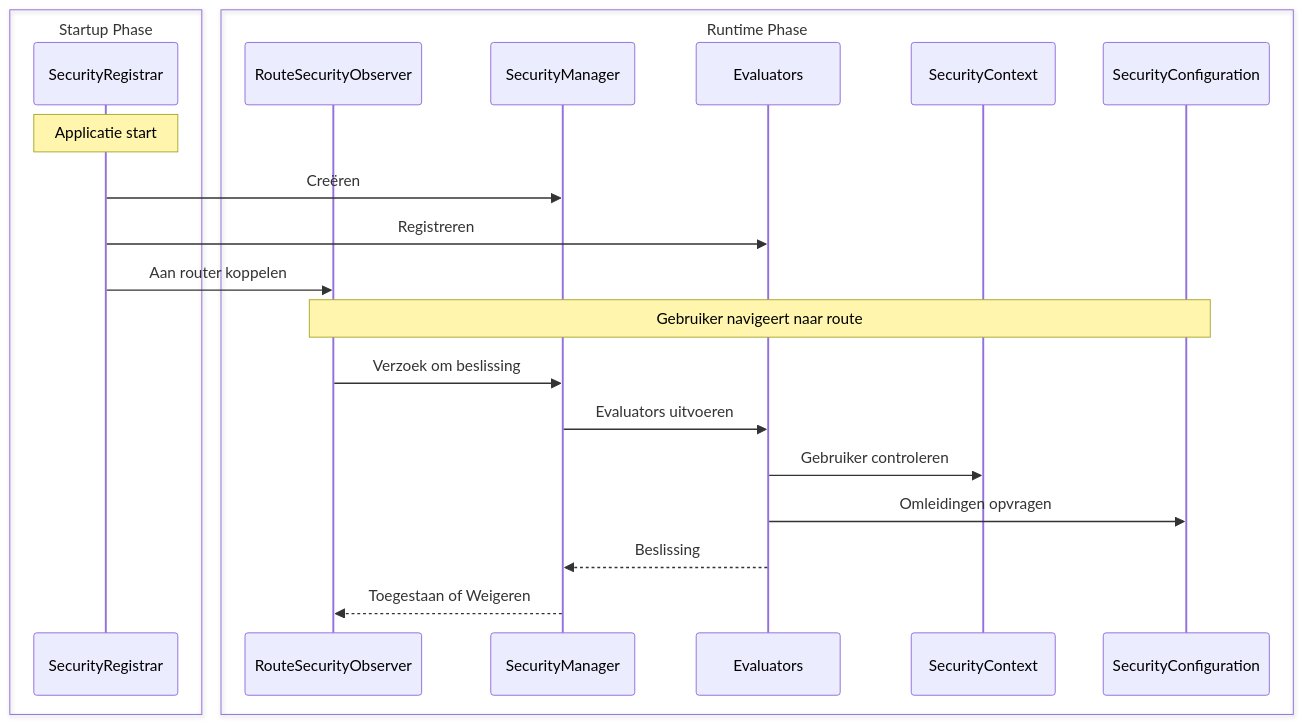
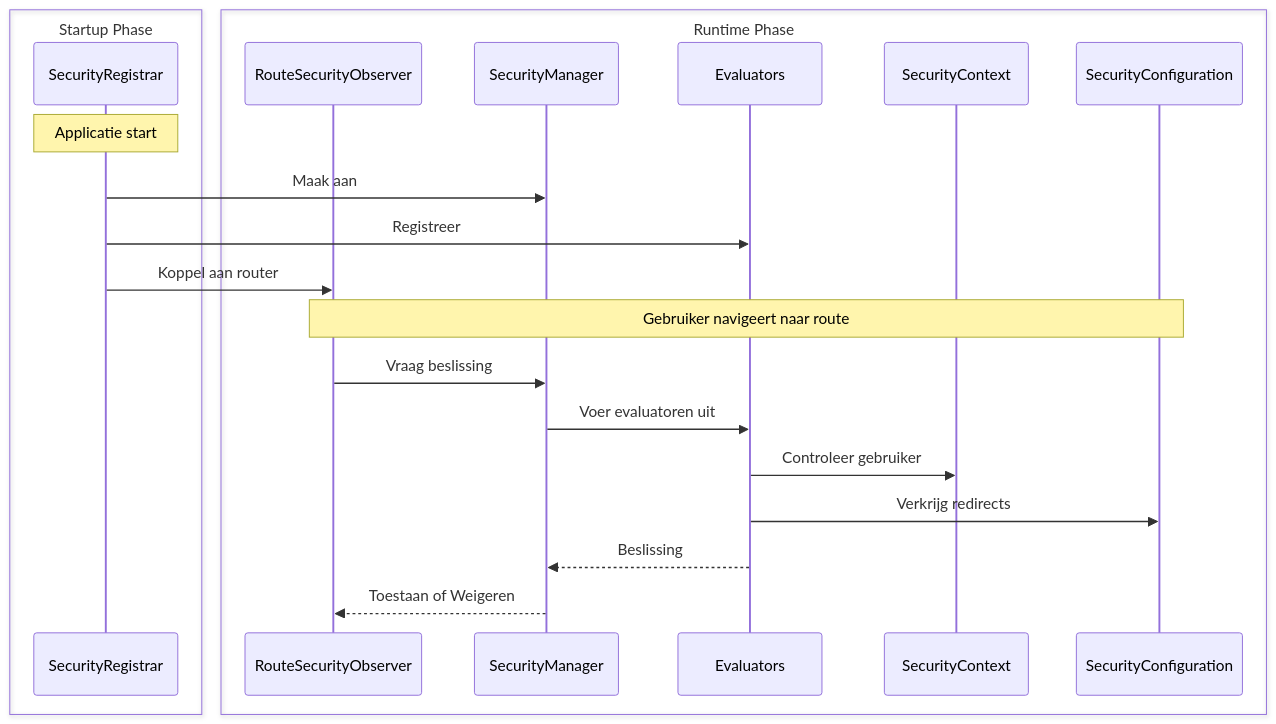
One commit to webforj/webforj-documentation changed the diagram in docs/i18n/nl/docusaurus-plugin-content-docs/current/security/architecture/custom-implementation.md. Above: the diagram before and after it, drawn with Mermaid. The commit also changed other lines of this file and 209 other files, not shown here.

````diff
--- a/docs/i18n/nl/docusaurus-plugin-content-docs/current/security/architecture/custom-implementation.md
+++ b/docs/i18n/nl/docusaurus-plugin-content-docs/current/security/architecture/custom-implementation.md
@@ -25,26 +25,26 @@
 ```mermaid
 sequenceDiagram
     box Startup Phase
     participant Registrar as SecurityRegistrar
     end
     box Runtime Phase
     participant Observer as RouteSecurityObserver
     participant Manager as SecurityManager
     participant Evaluators
     participant Context as SecurityContext
     participant Config as SecurityConfiguration
     end
 
     Note over Registrar: Applicatie start
-    Registrar->>Manager: Creëren
-    Registrar->>Evaluators: Registreren
-    Registrar->>Observer: Aan router koppelen
+    Registrar->>Manager: Maak aan
+    Registrar->>Evaluators: Registreer
+    Registrar->>Observer: Koppel aan router
 
     Note over Observer,Config: Gebruiker navigeert naar route
-    Observer->>Manager: Verzoek om beslissing
-    Manager->>Evaluators: Evaluators uitvoeren
-    Evaluators->>Context: Gebruiker controleren
-    Evaluators->>Config: Omleidingen opvragen
+    Observer->>Manager: Vraag beslissing
+    Manager->>Evaluators: Voer evaluatoren uit
+    Evaluators->>Context: Controleer gebruiker
+    Evaluators->>Config: Verkrijg redirects
     Evaluators-->>Manager: Beslissing
-    Manager-->>Observer: Toegestaan of Weigeren
+    Manager-->>Observer: Toestaan of Weigeren
 ```
````
